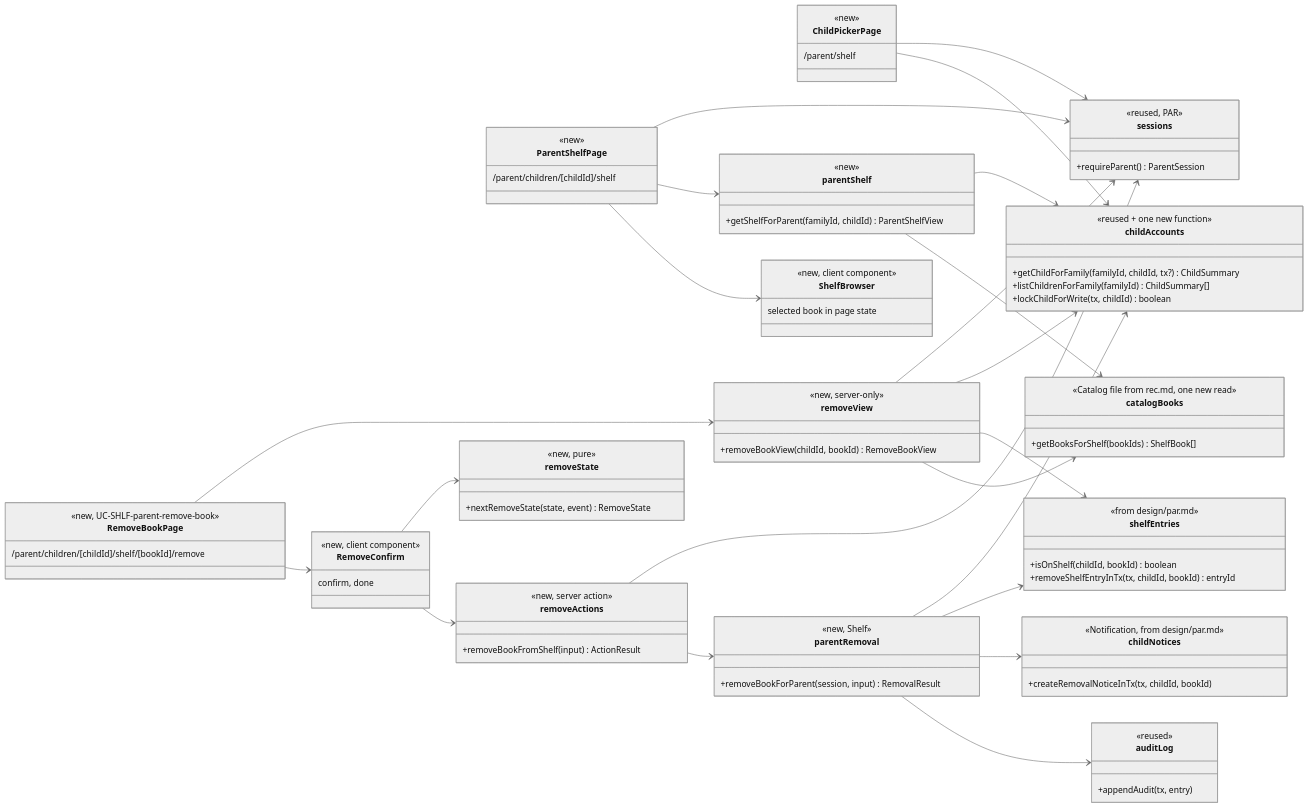
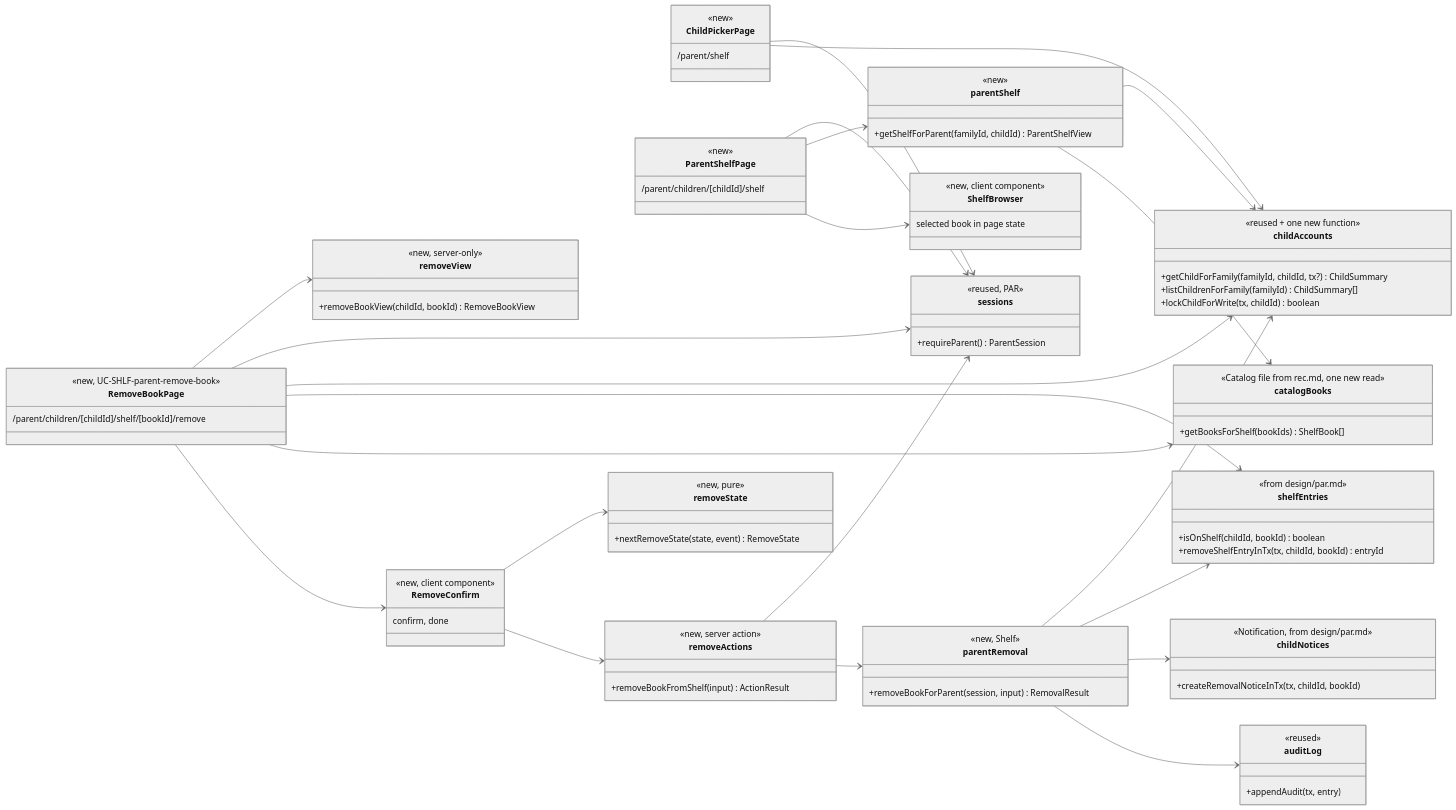
Before and after one commit to videogames21/book_buddies: the first of 8 diagrams in design/shlf.md, drawn with Mermaid (neutral theme). The commit also changed other lines of this file, not shown here.

Commit message:
docs: tighten move-book review answers (OI-58/OI-75, races, unknown commit)

```diff
--- a/design/shlf.md
+++ b/design/shlf.md
@@ -108,11 +108,11 @@
     parentShelf --> childAccounts
     parentShelf --> catalogBooks
     RemoveBookPage --> removeView
+    RemoveBookPage --> sessions
+    RemoveBookPage --> childAccounts
+    RemoveBookPage --> shelfEntries
+    RemoveBookPage --> catalogBooks
     RemoveBookPage --> RemoveConfirm
-    removeView --> sessions
-    removeView --> childAccounts
-    removeView --> shelfEntries
-    removeView --> catalogBooks
     RemoveConfirm --> removeState
     RemoveConfirm --> removeActions
     removeActions --> sessions
```
